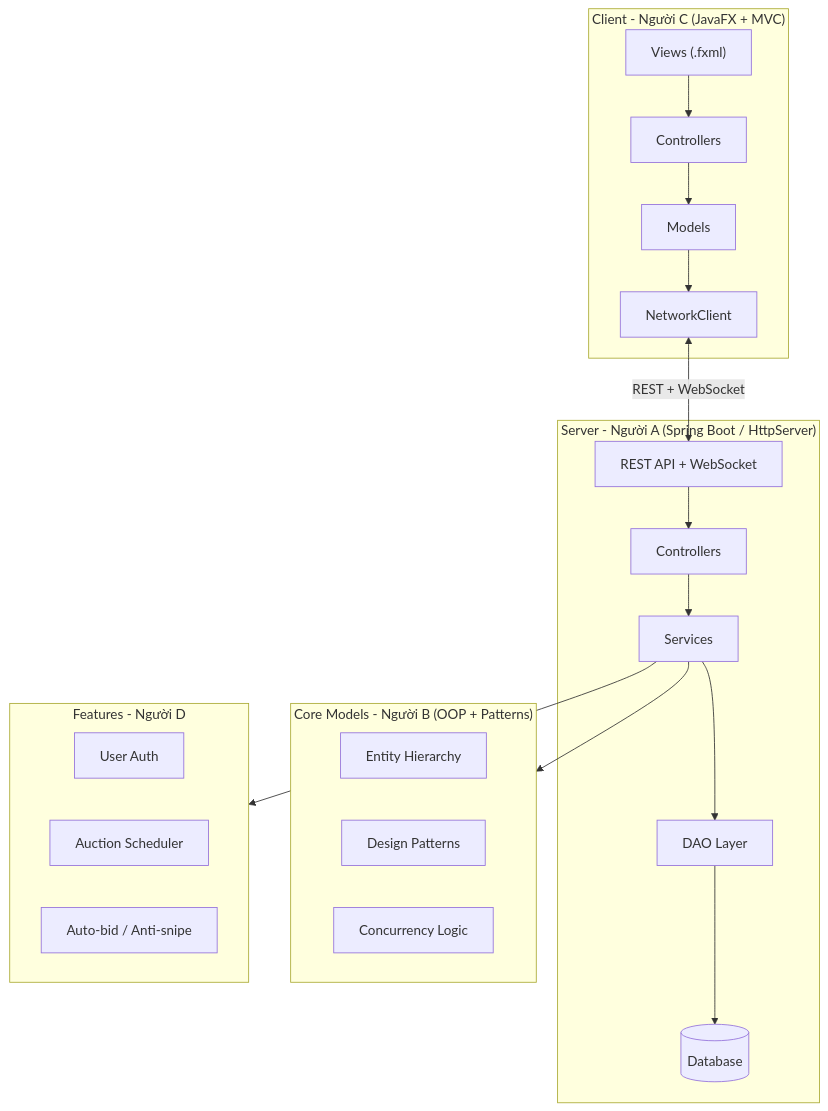
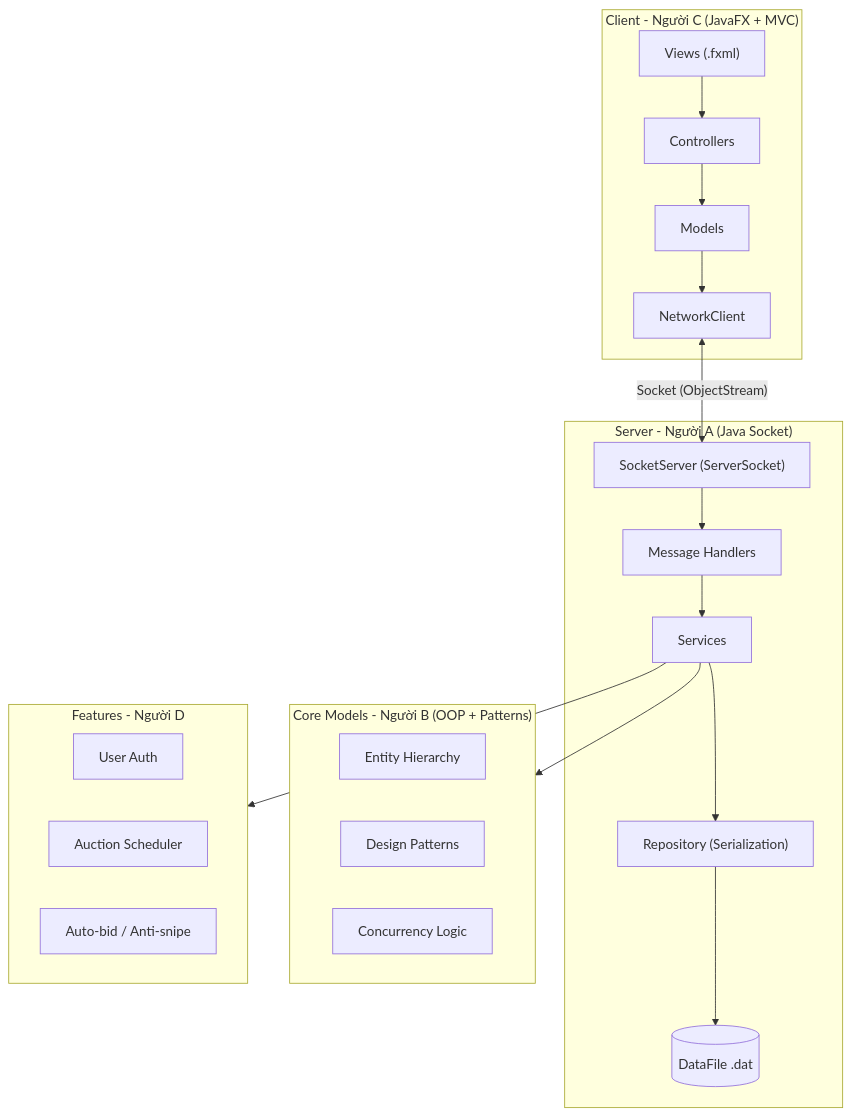
The diagram in docs/plan.md (duydat1412/BTL), drawn with Mermaid before and after one commit. The commit also changed other lines of this file and 5 other files, not shown here.

````diff
--- a/docs/plan.md
+++ b/docs/plan.md
@@ -10,35 +10,35 @@
 ```mermaid
 graph TB
     subgraph Client["Client - Người C (JavaFX + MVC)"]
         FXML["Views (.fxml)"]
         FXController["Controllers"]
         ClientModel["Models"]
         NetClient["NetworkClient"]
     end
     
-    subgraph Server["Server - Người A (Spring Boot / HttpServer)"]
-        REST["REST API + WebSocket"]
-        SController["Controllers"]
+    subgraph Server["Server - Người A (Java Socket)"]
+        SocketServer["SocketServer (ServerSocket)"]
+        MsgHandler["Message Handlers"]
         SService["Services"]
-        SDAO["DAO Layer"]
-        DB[(Database)]
+        SRepo["Repository (Serialization)"]
+        DataFile[(DataFile .dat)]
     end
 
     subgraph Core["Core Models - Người B (OOP + Patterns)"]
         Entities["Entity Hierarchy"]
         Patterns["Design Patterns"]
         Concurrency["Concurrency Logic"]
     end
 
     subgraph Features["Features - Người D"]
         Auth["User Auth"]
         Scheduler["Auction Scheduler"]
         AutoBid["Auto-bid / Anti-snipe"]
     end
     
     FXML --> FXController --> ClientModel --> NetClient
-    NetClient <-->|"REST + WebSocket"| REST
-    REST --> SController --> SService --> SDAO --> DB
+    NetClient <-->|"Socket (ObjectStream)"| SocketServer
+    SocketServer --> MsgHandler --> SService --> SRepo --> DataFile
     SService --> Core
     SService --> Features
 ```
````
